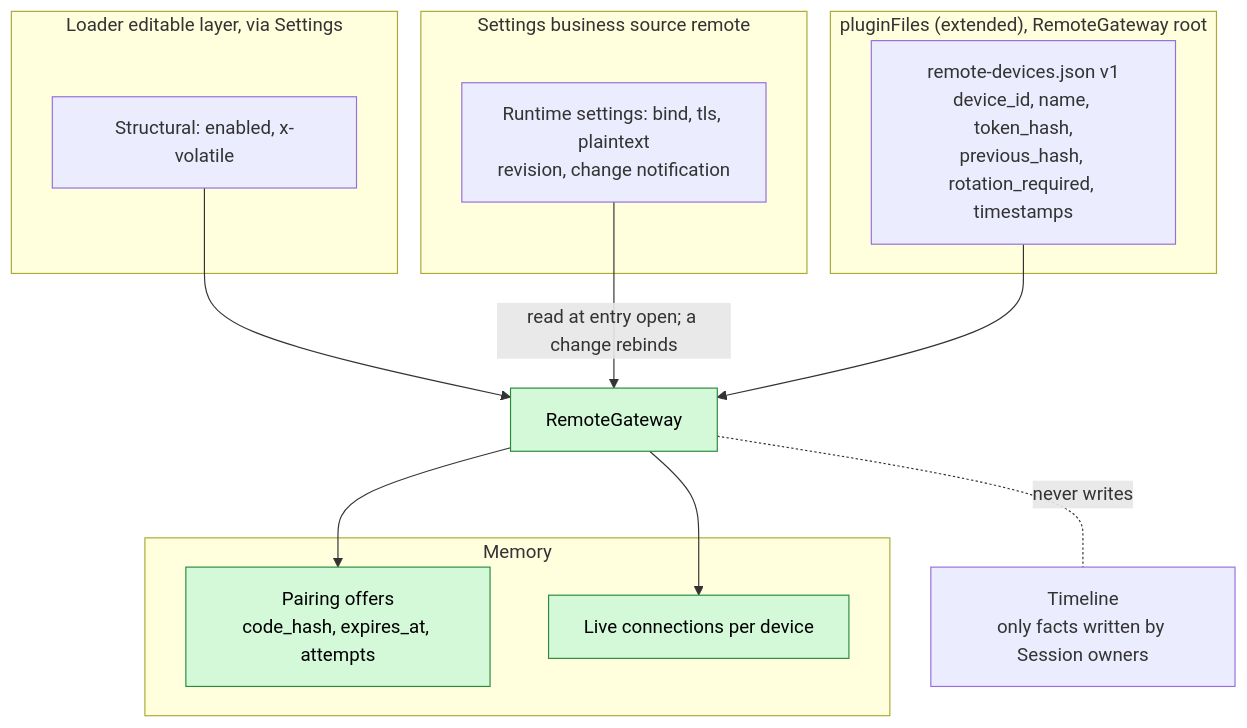
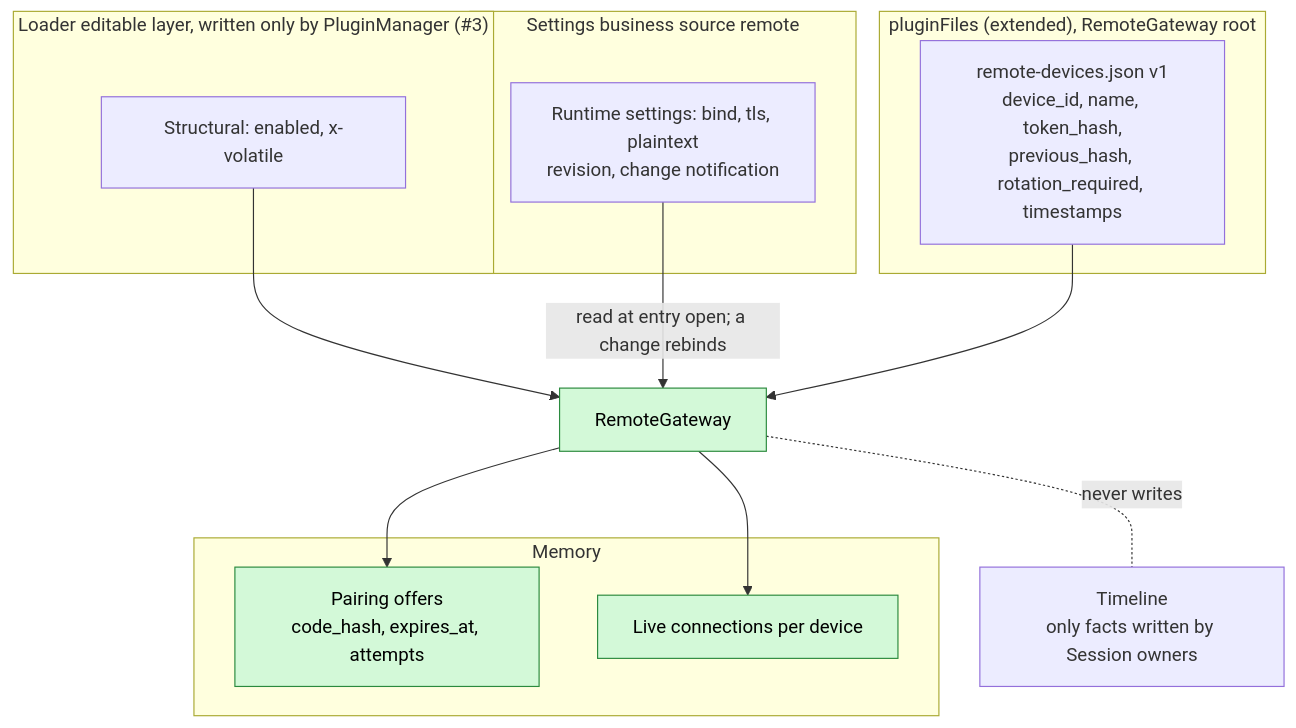
The second of 6 diagrams in docs/design/plugins/RemoteGateway.md (CoutinhoTTS/dim-agent), drawn with Mermaid before and after one commit. The commit also changed other lines of this file and 40 other files, not shown here.

````diff
--- a/docs/design/plugins/RemoteGateway.md
+++ b/docs/design/plugins/RemoteGateway.md
@@ -45,24 +47,24 @@
 ```mermaid
 flowchart TB
-  subgraph LEL["Loader editable layer, via Settings"]
+  subgraph LEL["Loader editable layer, written only by PluginManager (#3)"]
     CFG["Structural: enabled, x-volatile"]
   end
   subgraph BS["Settings business source remote"]
     RS["Runtime settings: bind, tls, plaintext<br/>revision, change notification"]
   end
   subgraph PS["pluginFiles (extended), RemoteGateway root"]
     DEVS["remote-devices.json v1<br/>device_id, name, token_hash,<br/>previous_hash, rotation_required, timestamps"]
   end
   subgraph MEM["Memory"]
     OFF["Pairing offers<br/>code_hash, expires_at, attempts"]:::new
     LIVE["Live connections per device"]:::new
   end
   TL["Timeline<br/>only facts written by Session owners"]
   CFG --> RG["RemoteGateway"]:::new
   RS -->|"read at entry open; a change rebinds"| RG
   DEVS --> RG
   RG --> OFF
   RG --> LIVE
   RG -.-|"never writes"| TL
   classDef new fill:#d3f9d8,stroke:#2b8a3e,color:#000
 ```
````
